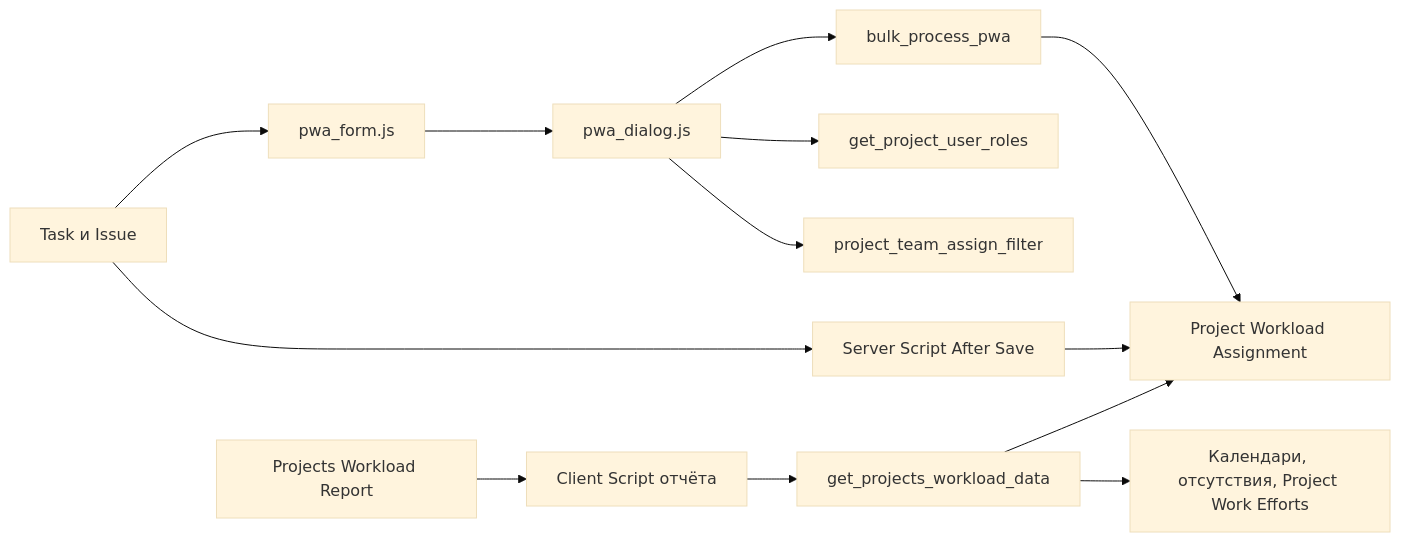
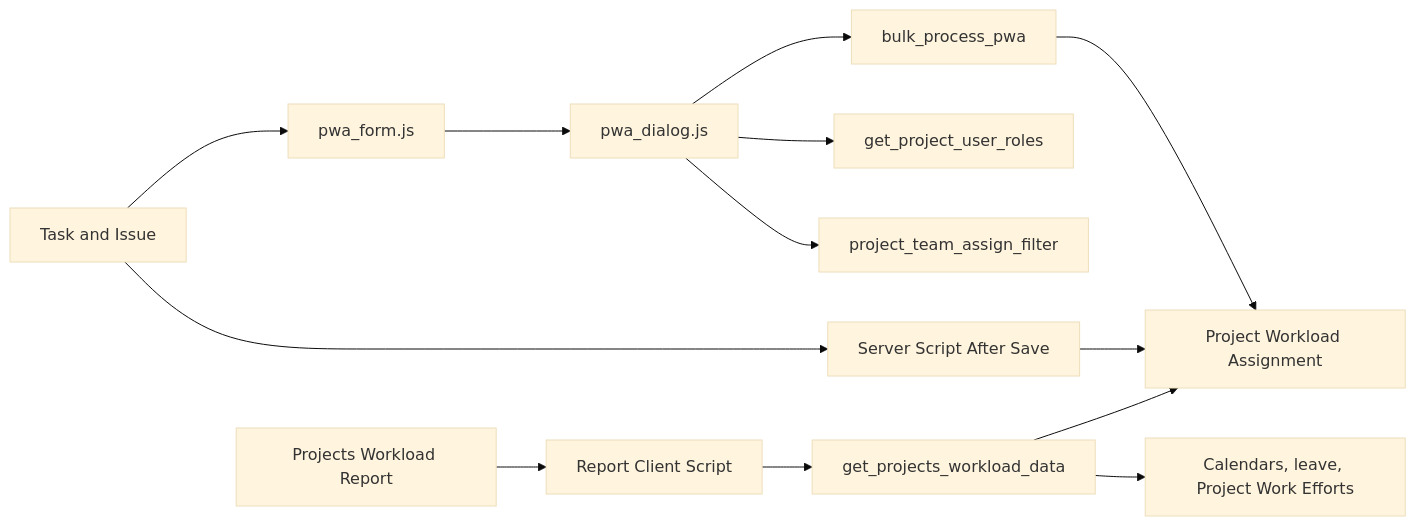
Before and after one commit to Dinext-pro/dinext-project-workload-assignment: the diagram in README.md, drawn with Mermaid (base theme). The commit also changed other lines of this file and 1 other file, not shown here.

````diff
--- a/README.md
+++ b/README.md
@@ -119,15 +121,15 @@
 ```mermaid
 flowchart LR
-  TaskIssue[Task и Issue] --> PwaForm[pwa_form.js]
+  TaskIssue[Task and Issue] --> PwaForm[pwa_form.js]
   PwaForm --> PwaDialog[pwa_dialog.js]
   PwaDialog --> PwaApi[bulk_process_pwa]
   PwaDialog --> RolesApi[get_project_user_roles]
   PwaDialog --> TeamApi[project_team_assign_filter]
   PwaApi --> PwaDoc[Project Workload Assignment]
   TaskIssue --> DateSync[Server Script After Save]
   DateSync --> PwaDoc
-  ReportForm[Projects Workload Report] --> ReportClient[Client Script отчёта]
+  ReportForm[Projects Workload Report] --> ReportClient[Report Client Script]
   ReportClient --> ReportApi[get_projects_workload_data]
   ReportApi --> PwaDoc
-  ReportApi --> ExternalData[Календари, отсутствия, Project Work Efforts]
+  ReportApi --> ExternalData[Calendars, leave, Project Work Efforts]
 ```
````
